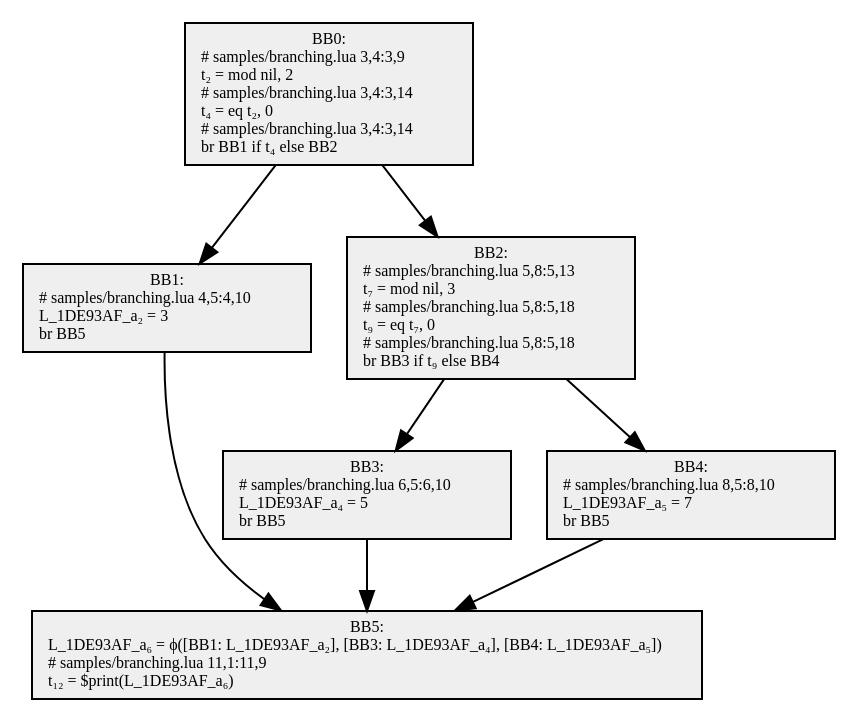
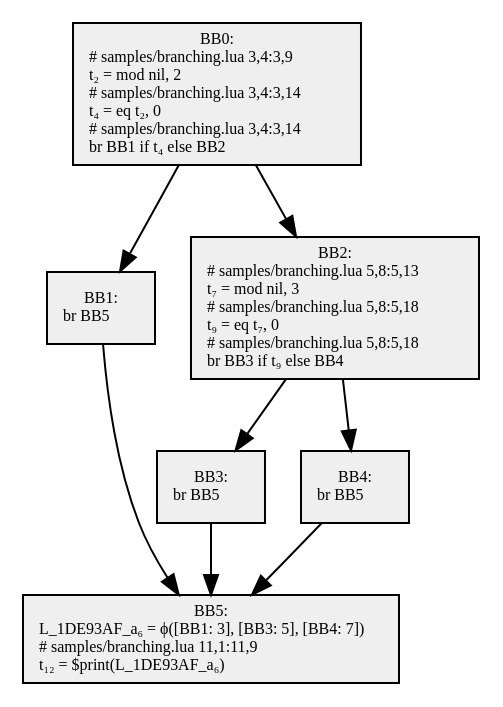
The diagram in src/SimpleCompiler.Cli/samples/obj/branching.2.dot (GGG-KILLER/SimpleCompiler), drawn with Graphviz before and after one commit. The commit also changed 26 other files, not shown here.

```diff
--- a/src/SimpleCompiler.Cli/samples/obj/branching.2.dot
+++ b/src/SimpleCompiler.Cli/samples/obj/branching.2.dot
@@ -1,17 +1,17 @@
 digraph {
   node[shape=box style=filled fontsize=8 fontname="Cascadia Code" fillcolor="#efefef"];
   BB0 [label="BB0:\n# samples/branching.lua 3,4:3,9\lt₂ = mod nil, 2\l# samples/branching.lua 3,4:3,14\lt₄ = eq t₂, 0\l# samples/branching.lua 3,4:3,14\lbr BB1 if t₄ else BB2\l"];
-  BB1 [label="BB1:\n# samples/branching.lua 4,5:4,10\lL_1DE93AF_a₂ = 3\lbr BB5\l"];
+  BB1 [label="BB1:\nbr BB5\l"];
   BB2 [label="BB2:\n# samples/branching.lua 5,8:5,13\lt₇ = mod nil, 3\l# samples/branching.lua 5,8:5,18\lt₉ = eq t₇, 0\l# samples/branching.lua 5,8:5,18\lbr BB3 if t₉ else BB4\l"];
-  BB3 [label="BB3:\n# samples/branching.lua 6,5:6,10\lL_1DE93AF_a₄ = 5\lbr BB5\l"];
-  BB4 [label="BB4:\n# samples/branching.lua 8,5:8,10\lL_1DE93AF_a₅ = 7\lbr BB5\l"];
-  BB5 [label="BB5:\nL_1DE93AF_a₆ = ϕ([BB1: L_1DE93AF_a₂], [BB3: L_1DE93AF_a₄], [BB4: L_1DE93AF_a₅])\l# samples/branching.lua 11,1:11,9\lt₁₂ = $print(L_1DE93AF_a₆)\l"];
+  BB3 [label="BB3:\nbr BB5\l"];
+  BB4 [label="BB4:\nbr BB5\l"];
+  BB5 [label="BB5:\nL_1DE93AF_a₆ = ϕ([BB1: 3], [BB3: 5], [BB4: 7])\l# samples/branching.lua 11,1:11,9\lt₁₂ = $print(L_1DE93AF_a₆)\l"];
 
   BB0 -> BB1;
   BB0 -> BB2;
   BB2 -> BB3;
   BB2 -> BB4;
   BB1 -> BB5;
   BB3 -> BB5;
   BB4 -> BB5;
 }
```
